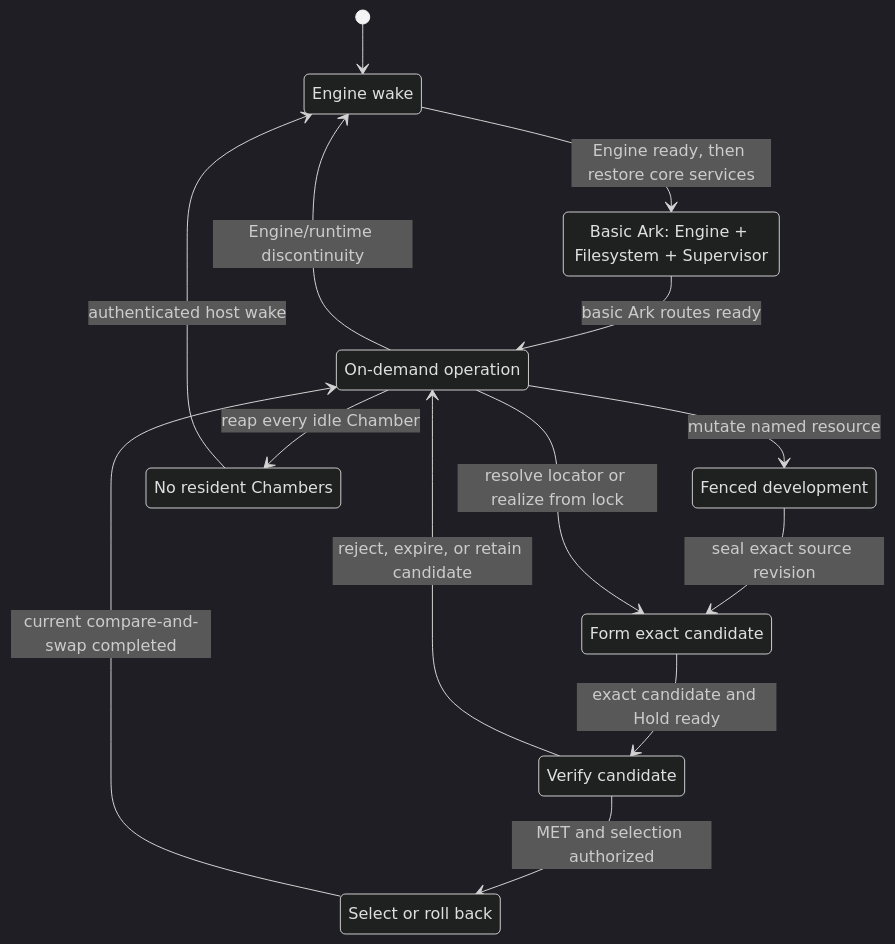
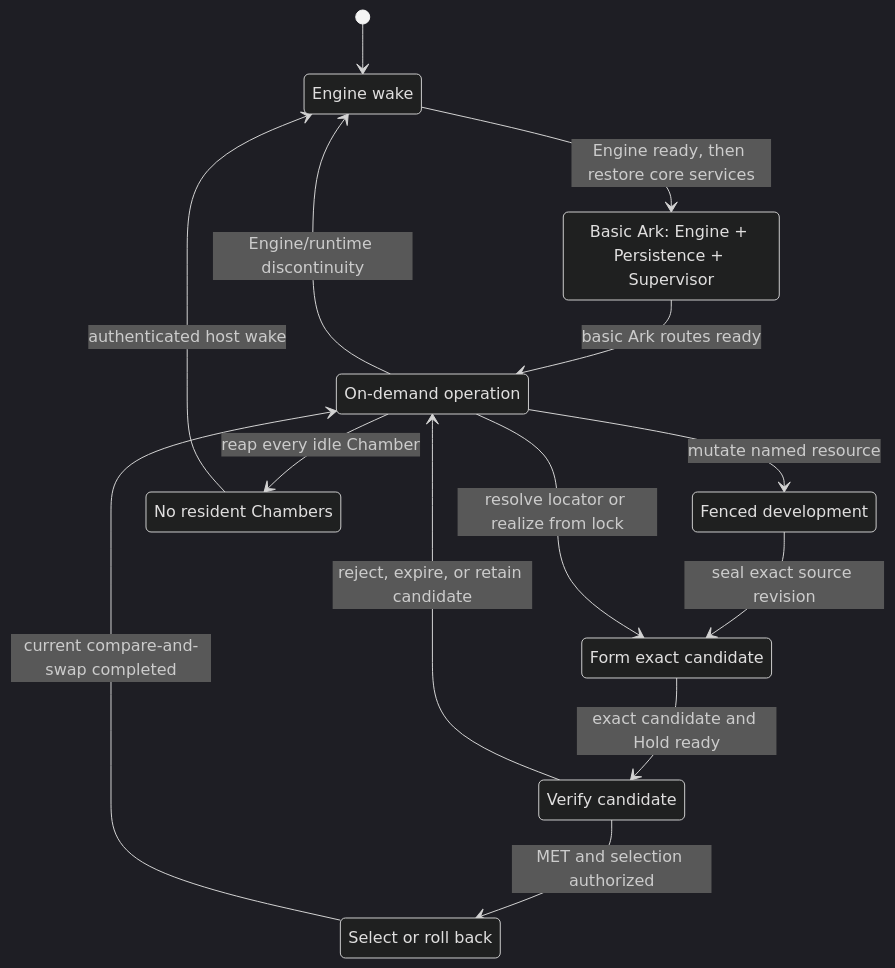
One commit to dreamcatcher-tech/chambers-lifecycle-explorer changed the second of 12 diagrams in source/chambers-lifecycle-sequences.md. Above: the diagram before and after it, drawn with Mermaid (dark theme). The commit also changed other lines of this file and 8 other files, not shown here.

````diff
--- a/source/chambers-lifecycle-sequences.md
+++ b/source/chambers-lifecycle-sequences.md
@@ -569,26 +494,26 @@
 ```mermaid
 stateDiagram-v2
     direction TB
     state "Engine wake" as Wake
-    state "Basic Ark: Engine + Filesystem + Supervisor" as Basic
+    state "Basic Ark: Engine + Persistence + Supervisor" as Basic
     state "On-demand operation" as Normal
     state "Fenced development" as Develop
     state "Form exact candidate" as Realize
     state "Verify candidate" as Verify
     state "Select or roll back" as Select
     state "No resident Chambers" as Quiescent
 
     [*] --> Wake
     Wake --> Basic: Engine ready, then restore core services
     Basic --> Normal: basic Ark routes ready
     Normal --> Develop: mutate named resource
     Develop --> Realize: seal exact source revision
     Normal --> Realize: resolve locator or realize from lock
     Realize --> Verify: exact candidate and Hold ready
     Verify --> Select: MET and selection authorized
     Verify --> Normal: reject, expire, or retain candidate
     Select --> Normal: current compare-and-swap completed
     Normal --> Quiescent: reap every idle Chamber
     Quiescent --> Wake: authenticated host wake
     Normal --> Wake: Engine/runtime discontinuity
 ```
````
